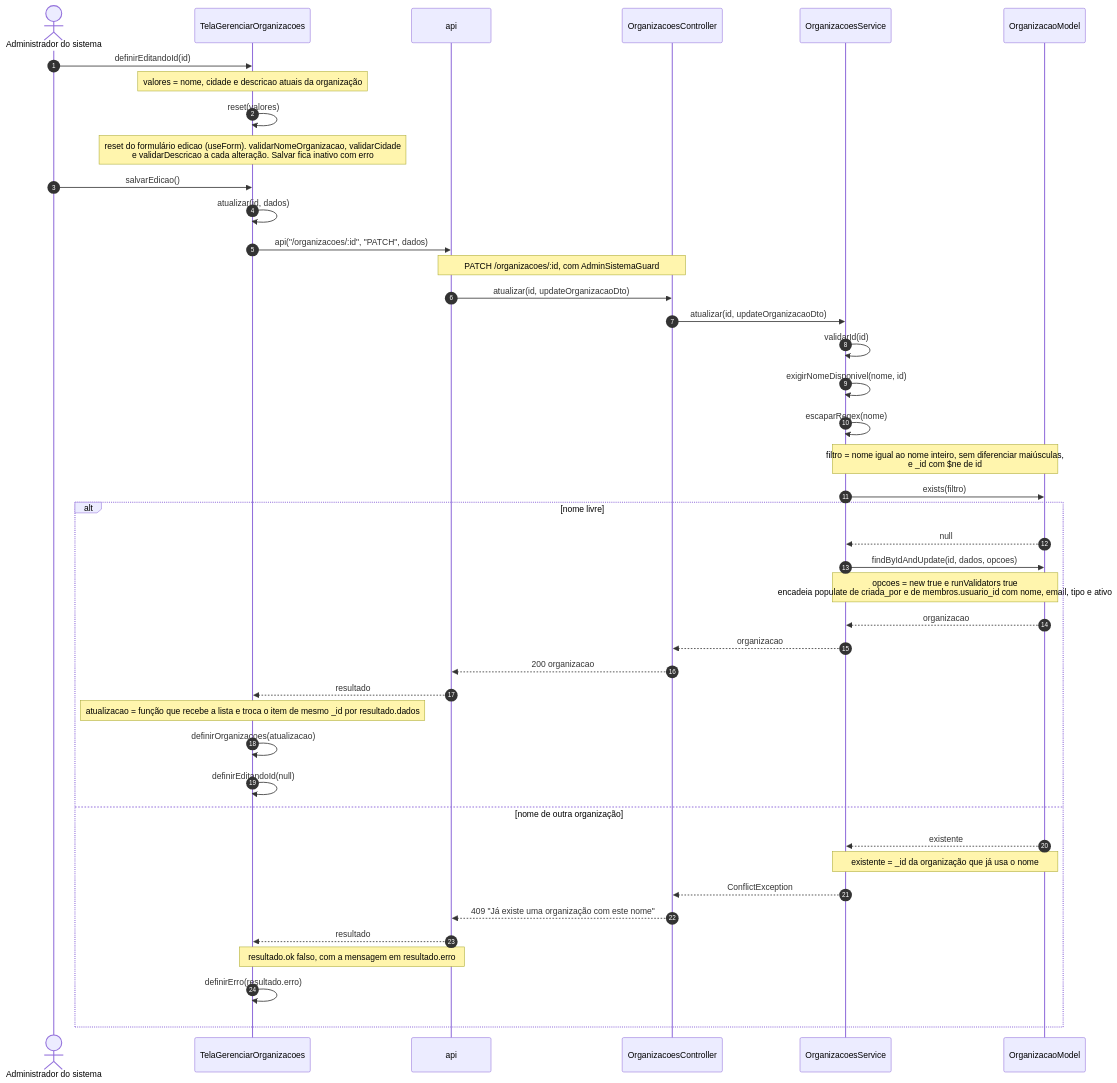
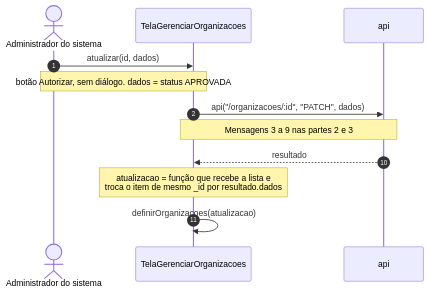
One commit to Conecta-IFSP/DOCUMENTATION changed the tenth of 47 diagrams in 2 - Incremento 1/cadastro-organizacao/6 - diagramas-sequencia-cadastro-organizacao.md. Above: the diagram before and after it, drawn with Mermaid. The commit also changed other lines of this file and 5 other files, not shown here.

Commit message:
Divide os diagramas de sequência dos incrementos 1 e 2 em partes legíveis

````diff
--- a/2 - Incremento 1/cadastro-organizacao/6 - diagramas-sequencia-cadastro-organizacao.md
+++ b/2 - Incremento 1/cadastro-organizacao/6 - diagramas-sequencia-cadastro-organizacao.md
@@ -194,45 +231,15 @@
 ```mermaid
 sequenceDiagram
-    autonumber
+    autonumber 1
     actor U as Administrador do sistema
     participant T as TelaGerenciarOrganizacoes
     participant A as api
-    participant C as OrganizacoesController
-    participant S as OrganizacoesService
-    participant M as OrganizacaoModel
-    U->>T: definirEditandoId(id)
-    Note over T: valores = nome, cidade e descricao atuais da organização
-    T->>T: reset(valores)
-    Note over T: reset do formulário edicao (useForm). validarNomeOrganizacao, validarCidade<br/>e validarDescricao a cada alteração. Salvar fica inativo com erro
-    U->>T: salvarEdicao()
-    T->>T: atualizar(id, dados)
+    U->>T: atualizar(id, dados)
+    Note over U,T: botão Autorizar, sem diálogo. dados = status APROVADA
     T->>A: api("/organizacoes/:id", "PATCH", dados)
-    Note over A,C: PATCH /organizacoes/:id, com AdminSistemaGuard
-    A->>C: atualizar(id, updateOrganizacaoDto)
-    C->>S: atualizar(id, updateOrganizacaoDto)
-    S->>S: validarId(id)
-    S->>S: exigirNomeDisponivel(nome, id)
-    S->>S: escaparRegex(nome)
-    Note over S,M: filtro = nome igual ao nome inteiro, sem diferenciar maiúsculas,<br/>e _id com $ne de id
-    S->>M: exists(filtro)
-    alt nome livre
-        M-->>S: null
-        S->>M: findByIdAndUpdate(id, dados, opcoes)
-        Note over S,M: opcoes = new true e runValidators true<br/>encadeia populate de criada_por e de membros.usuario_id com nome, email, tipo e ativo
-        M-->>S: organizacao
-        S-->>C: organizacao
-        C-->>A: 200 organizacao
-        A-->>T: resultado
-        Note over T: atualizacao = função que recebe a lista e troca o item de mesmo _id por resultado.dados
-        T->>T: definirOrganizacoes(atualizacao)
-        T->>T: definirEditandoId(null)
-    else nome de outra organização
-        M-->>S: existente
-        Note over S,M: existente = _id da organização que já usa o nome
-        S-->>C: ConflictException
-        C-->>A: 409 "Já existe uma organização com este nome"
-        A-->>T: resultado
-        Note over T,A: resultado.ok falso, com a mensagem em resultado.erro
-        T->>T: definirErro(resultado.erro)
-    end
+    Note over T,A: Mensagens 3 a 9 nas partes 2 e 3
+    autonumber 10
+    A-->>T: resultado
+    Note over T: atualizacao = função que recebe a lista e<br/>troca o item de mesmo _id por resultado.dados
+    T->>T: definirOrganizacoes(atualizacao)
 ```
````
